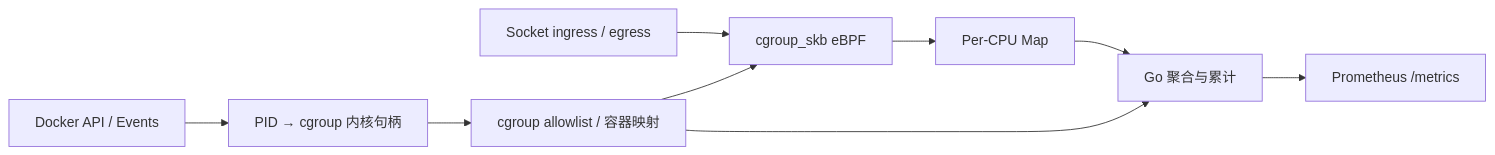
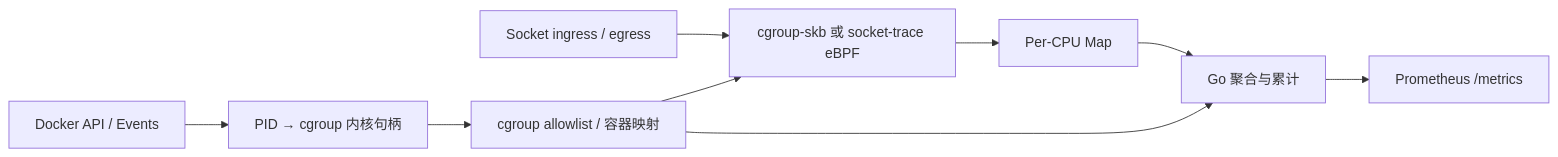
The diagram in README.md (AllenxuX/luna-ebpf), drawn with Mermaid before and after one commit. The commit also changed other lines of this file and 45 other files, not shown here.

Commit message:
feat: support cgroup v1 socket-based traffic collection

````diff
--- a/README.md
+++ b/README.md
@@ -66,11 +66,11 @@
 ```mermaid
 flowchart LR
     D[Docker API / Events] --> C[PID → cgroup 内核句柄]
     C --> A[cgroup allowlist / 容器映射]
-    S[Socket ingress / egress] --> B[cgroup_skb eBPF]
+    S[Socket ingress / egress] --> B[cgroup-skb 或 socket-trace eBPF]
     A --> B
     B --> M[Per-CPU Map]
     M --> G[Go 聚合与累计]
     A --> G
     G --> P[Prometheus /metrics]
 ```
````
